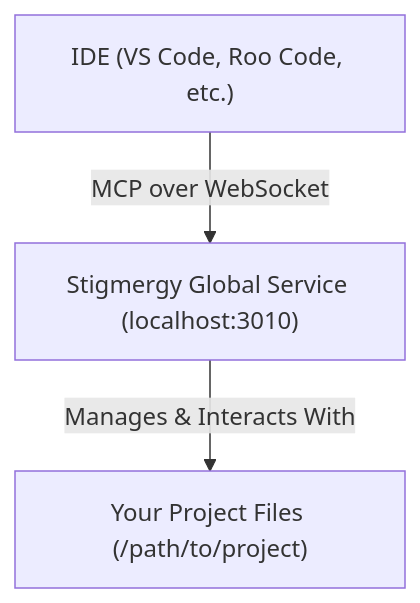
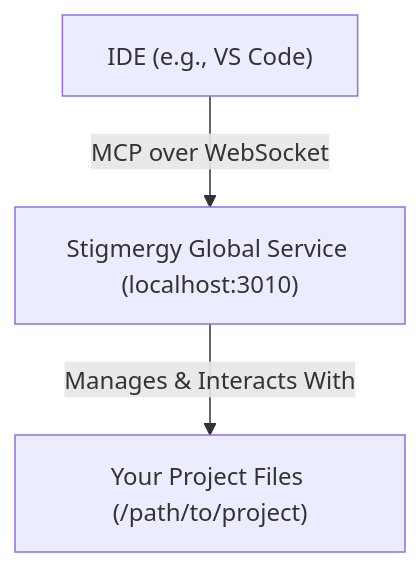
The diagram in docs/MCP_INTEGRATION.md (randy888chan/Stigmergy), drawn with Mermaid before and after one commit. The commit also changed other lines of this file and 4 other files, not shown here.

````diff
--- a/docs/MCP_INTEGRATION.md
+++ b/docs/MCP_INTEGRATION.md
@@ -9,5 +9,5 @@
 ```mermaid
 graph TD
-    A["IDE (VS Code, Roo Code, etc.)"] -- MCP over WebSocket --> B["Stigmergy Global Service (localhost:3010)"];
+    A["IDE (e.g., VS Code)"] -- MCP over WebSocket --> B["Stigmergy Global Service (localhost:3010)"];
     B -- "Manages & Interacts With" --> C["Your Project Files (/path/to/project)"];
 ```
````
